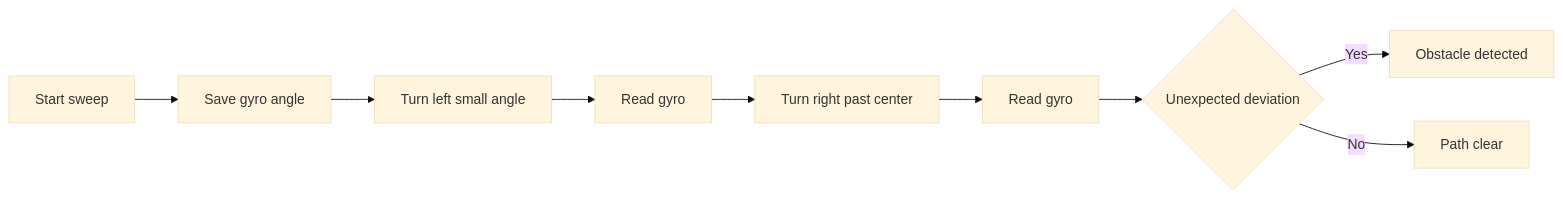
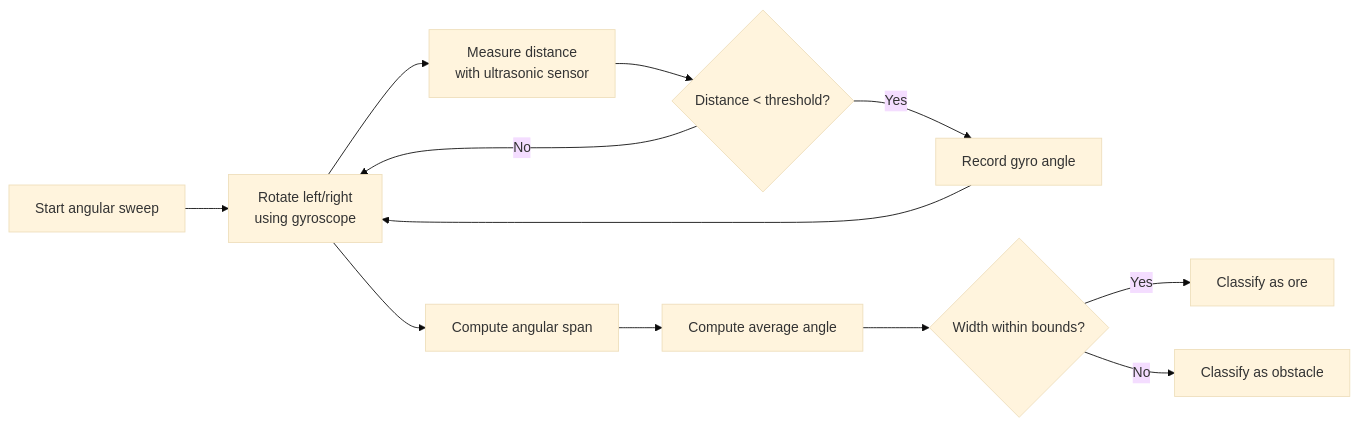
One commit to FrKah/robot_project changed the diagram in public/diagrams/sweep.mmd. Above: the diagram before and after it, drawn with Mermaid (base theme). The commit also changed 9 other files, not shown here.

```diff
--- a/public/diagrams/sweep.mmd
+++ b/public/diagrams/sweep.mmd
@@ -1,10 +1,19 @@
 flowchart LR
-A[Start sweep] --> B[Save gyro angle]
-B --> C[Turn left small angle]
-C --> D[Read gyro]
-D --> E[Turn right past center]
-E --> F[Read gyro]
+    A[Start angular sweep] --> B[Rotate left/right<br/>using gyroscope]
 
-F --> G{Unexpected deviation}
-G -->|Yes| H[Obstacle detected]
-G -->|No| I[Path clear]
+    B --> C[Measure distance<br/>with ultrasonic sensor]
+
+    C --> D{Distance < threshold?}
+
+    D -->|Yes| E[Record gyro angle]
+    D -->|No| B
+
+    E --> B
+
+    B --> F[Compute angular span]
+    F --> G[Compute average angle]
+
+    G --> H{Width within bounds?}
+
+    H -->|Yes| I[Classify as ore]
+    H -->|No| J[Classify as obstacle]
```
